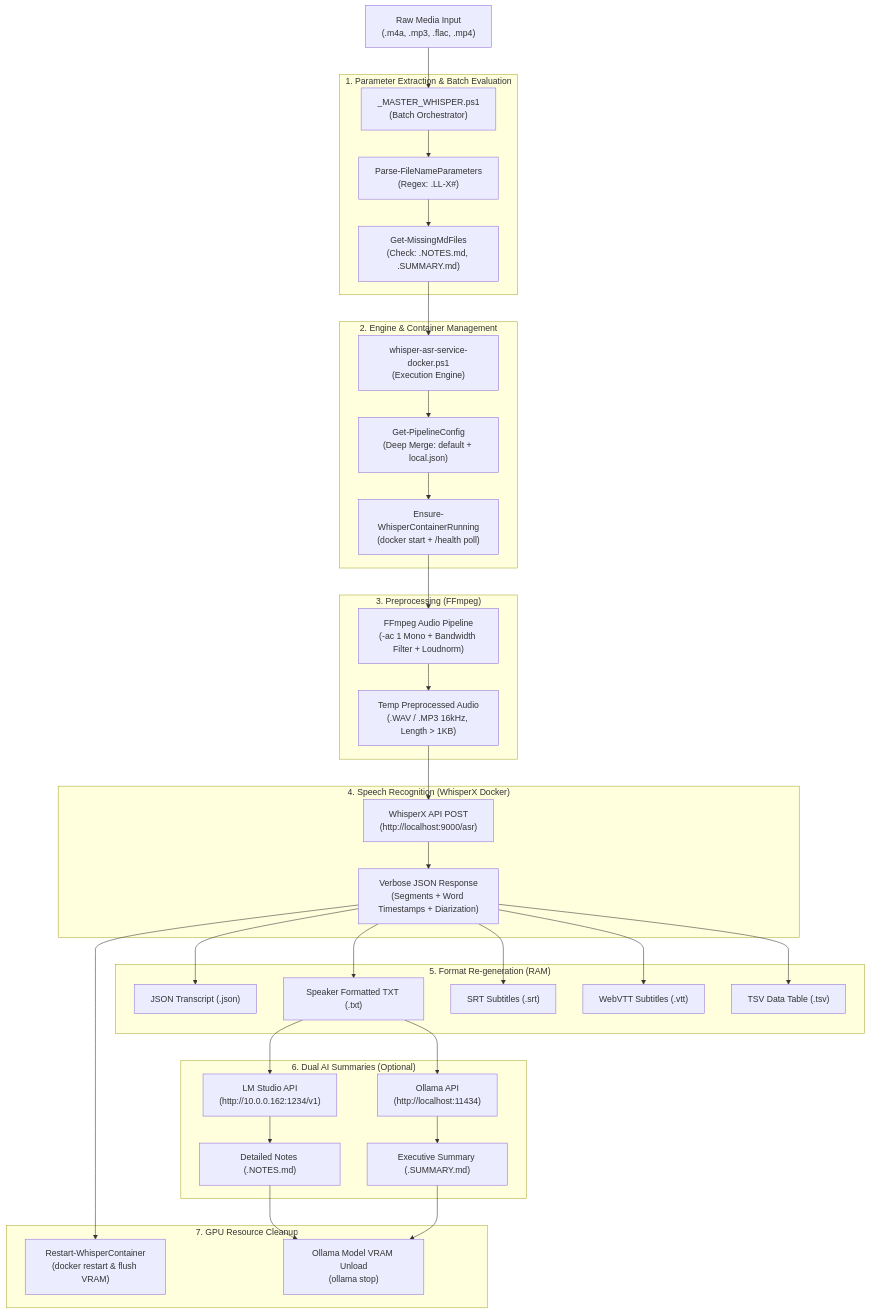
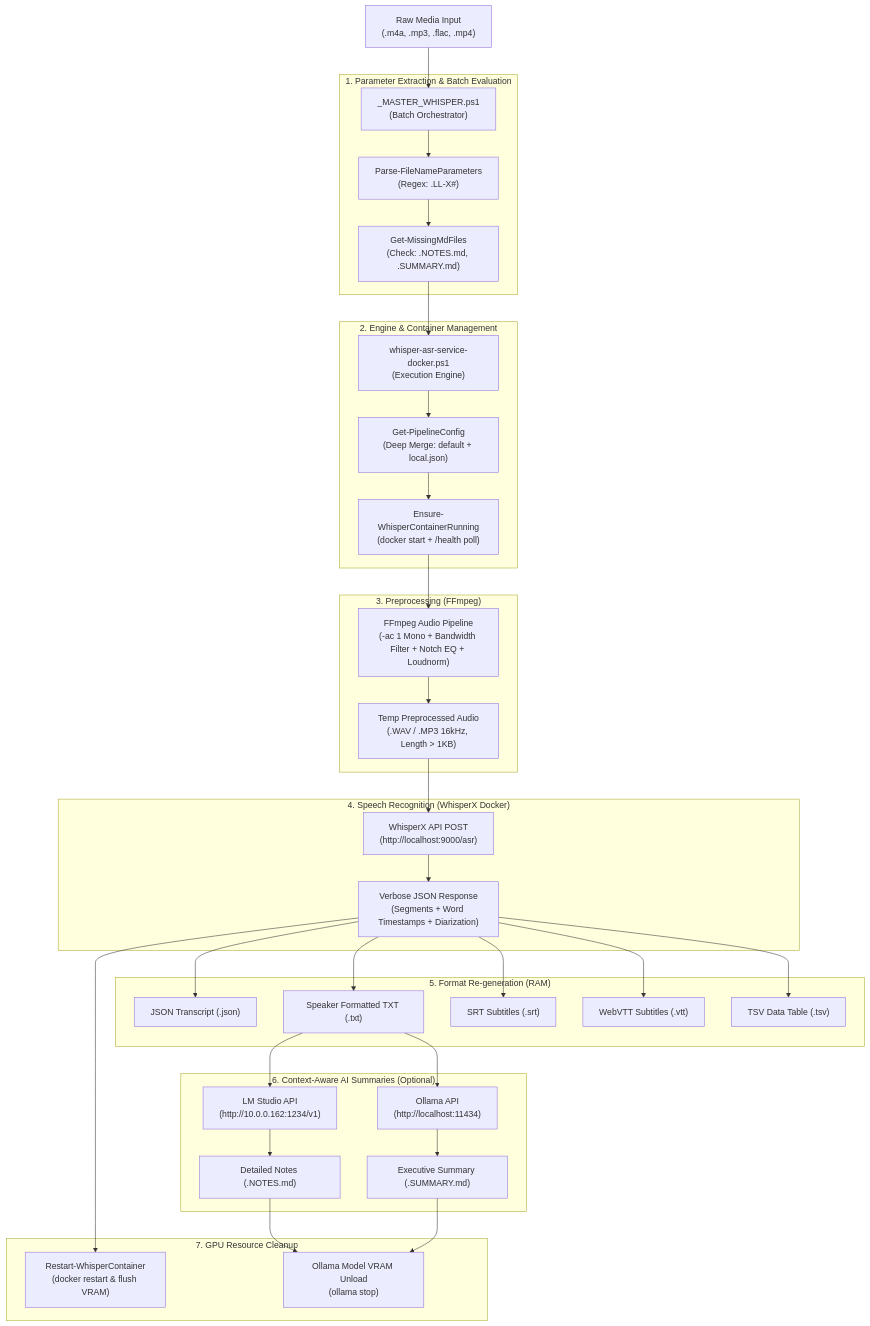
Before and after one commit to dataquo/whisper-llm-notes: the diagram in docs/ARCHITECTURE.md, drawn with Mermaid. The commit also changed other lines of this file and 12 other files, not shown here.

````diff
--- a/docs/ARCHITECTURE.md
+++ b/docs/ARCHITECTURE.md
@@ -11,45 +11,45 @@
 ```mermaid
 flowchart TD
     A["Raw Media Input\n(.m4a, .mp3, .flac, .mp4)"] --> B["_MASTER_WHISPER.ps1\n(Batch Orchestrator)"]
     
     subgraph ParameterExtraction["1. Parameter Extraction & Batch Evaluation"]
         B --> C["Parse-FileNameParameters\n(Regex: .LL-X#)"]
         C --> D["Get-MissingMdFiles\n(Check: .NOTES.md, .SUMMARY.md)"]
     end
     
     subgraph EngineLifecycle["2. Engine & Container Management"]
         D --> E["whisper-asr-service-docker.ps1\n(Execution Engine)"]
         E --> F["Get-PipelineConfig\n(Deep Merge: default + local.json)"]
         F --> G["Ensure-WhisperContainerRunning\n(docker start + /health poll)"]
     end
 
     subgraph AudioPreprocessing["3. Preprocessing (FFmpeg)"]
-        G --> H["FFmpeg Audio Pipeline\n(-ac 1 Mono + Bandwidth Filter + Loudnorm)"]
+        G --> H["FFmpeg Audio Pipeline\n(-ac 1 Mono + Bandwidth Filter + Notch EQ + Loudnorm)"]
         H --> I["Temp Preprocessed Audio\n(.WAV / .MP3 16kHz, Length > 1KB)"]
     end
     
     subgraph ASRTranscription["4. Speech Recognition (WhisperX Docker)"]
         I --> J["WhisperX API POST\n(http://localhost:9000/asr)"]
         J --> K["Verbose JSON Response\n(Segments + Word Timestamps + Diarization)"]
     end
 
     subgraph MultiFormatGeneration["5. Format Re-generation (RAM)"]
         K --> L["JSON Transcript (.json)"]
         K --> M["Speaker Formatted TXT (.txt)"]
         K --> N["SRT Subtitles (.srt)"]
         K --> O["WebVTT Subtitles (.vtt)"]
         K --> P["TSV Data Table (.tsv)"]
     end
 
-    subgraph AISummarization["6. Dual AI Summaries (Optional)"]
+    subgraph AISummarization["6. Context-Aware AI Summaries (Optional)"]
         M --> Q["LM Studio API\n(http://10.0.0.162:1234/v1)"]
         Q --> R["Detailed Notes (.NOTES.md)"]
         M --> S["Ollama API\n(http://localhost:11434)"]
         S --> T["Executive Summary (.SUMMARY.md)"]
     end
 
     subgraph ResourceOptimization["7. GPU Resource Cleanup"]
         K --> U["Restart-WhisperContainer\n(docker restart & flush VRAM)"]
         R & T --> V["Ollama Model VRAM Unload\n(ollama stop)"]
     end
 ```
````
